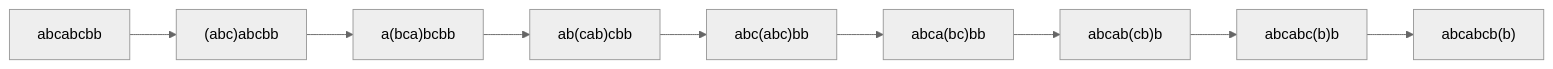
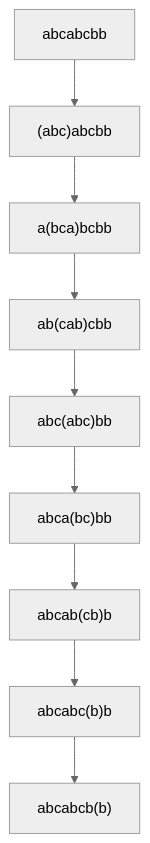
Before and after one commit to makotogu/Algorithm: the diagram in 哈希/3-无重复字符的最长子串.md, drawn with Mermaid (neutral theme).

````diff
--- a/哈希/3-无重复字符的最长子串.md
+++ b/哈希/3-无重复字符的最长子串.md
@@ -39,13 +39,13 @@
 ``` mermaid
-graph LR
+graph TD
 a[" abcabcbb "]
 b[" (abc)abcbb "]
 c[" a(bca)bcbb "]
 d[" ab(cab)cbb "]
 e[" abc(abc)bb "]
 f[" abca(bc)bb "]
 g[" abcab(cb)b "]
 h[" abcabc(b)b "]
 i[" abcabcb(b) "]
 a --> b --> c --> d --> e --> f --> g --> h --> i
 ```
````
